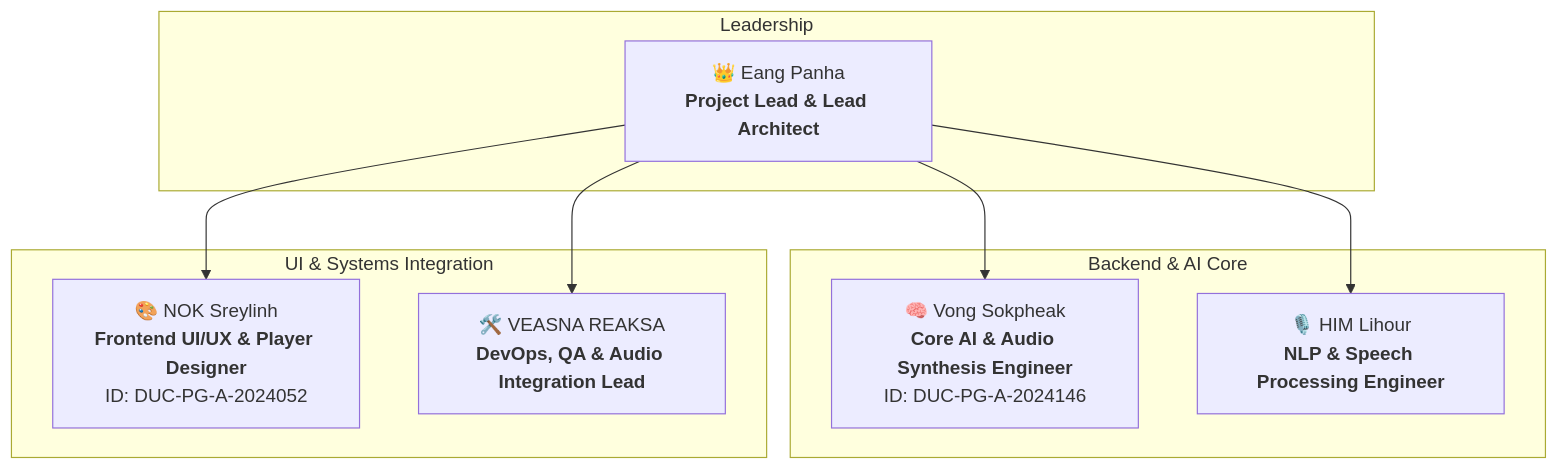
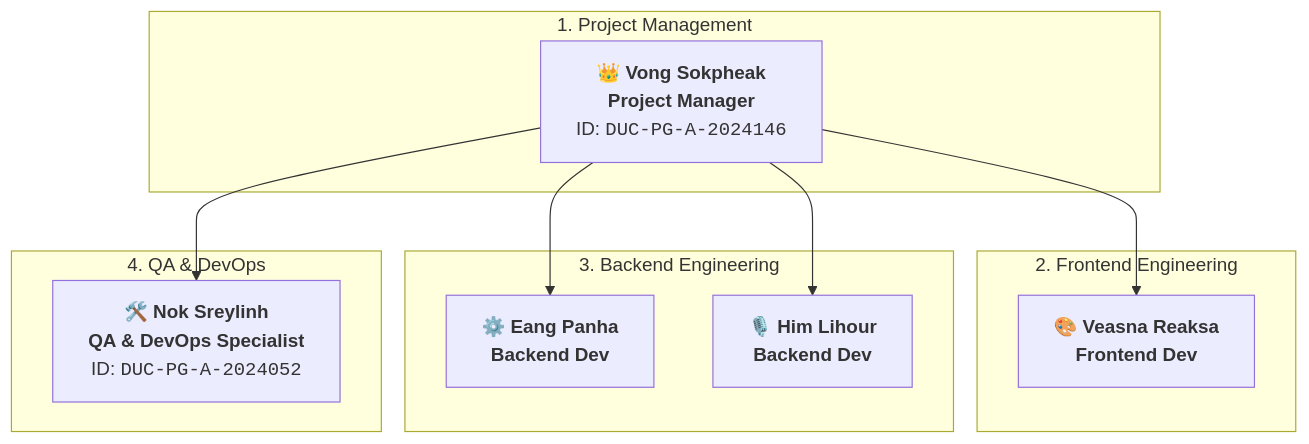
One commit to cingcing12/AI_Tool changed the diagram in wiki/Team-Roles-&-Task-Assignments.md. Above: the diagram before and after it, drawn with Mermaid. The commit also changed other lines of this file and 3 other files, not shown here.

````diff
--- a/wiki/Team-Roles-&-Task-Assignments.md
+++ b/wiki/Team-Roles-&-Task-Assignments.md
@@ -9,21 +9,24 @@
 ```mermaid
 graph TD
-    subgraph Leadership
-        EP["👑 Eang Panha<br/><b>Project Lead & Lead Architect</b>"]
+    subgraph Management["1. Project Management"]
+        PM["👑 <b>Vong Sokpheak</b><br/><b>Project Manager</b><br/>ID: <code>DUC-PG-A-2024146</code>"]
     end
 
-    subgraph Backend_AI["Backend & AI Core"]
-        VS["🧠 Vong Sokpheak<br/><b>Core AI & Audio Synthesis Engineer</b><br/>ID: DUC-PG-A-2024146"]
-        HL["🎙️ HIM Lihour<br/><b>NLP & Speech Processing Engineer</b>"]
+    subgraph Frontend["2. Frontend Engineering"]
+        FE["🎨 <b>Veasna Reaksa</b><br/><b>Frontend Dev</b>"]
     end
 
-    subgraph UI_DevOps["UI & Systems Integration"]
-        NS["🎨 NOK Sreylinh<br/><b>Frontend UI/UX & Player Designer</b><br/>ID: DUC-PG-A-2024052"]
-        VR["🛠️ VEASNA REAKSA<br/><b>DevOps, QA & Audio Integration Lead</b>"]
+    subgraph Backend["3. Backend Engineering"]
+        BE1["⚙️ <b>Eang Panha</b><br/><b>Backend Dev</b>"]
+        BE2["🎙️ <b>Him Lihour</b><br/><b>Backend Dev</b>"]
     end
 
-    EP --> VS
-    EP --> HL
-    EP --> NS
-    EP --> VR
+    subgraph DevOps_QA["4. QA & DevOps"]
+        QA["🛠️ <b>Nok Sreylinh</b><br/><b>QA & DevOps Specialist</b><br/>ID: <code>DUC-PG-A-2024052</code>"]
+    end
+
+    PM --> FE
+    PM --> BE1
+    PM --> BE2
+    PM --> QA
 ```
````
